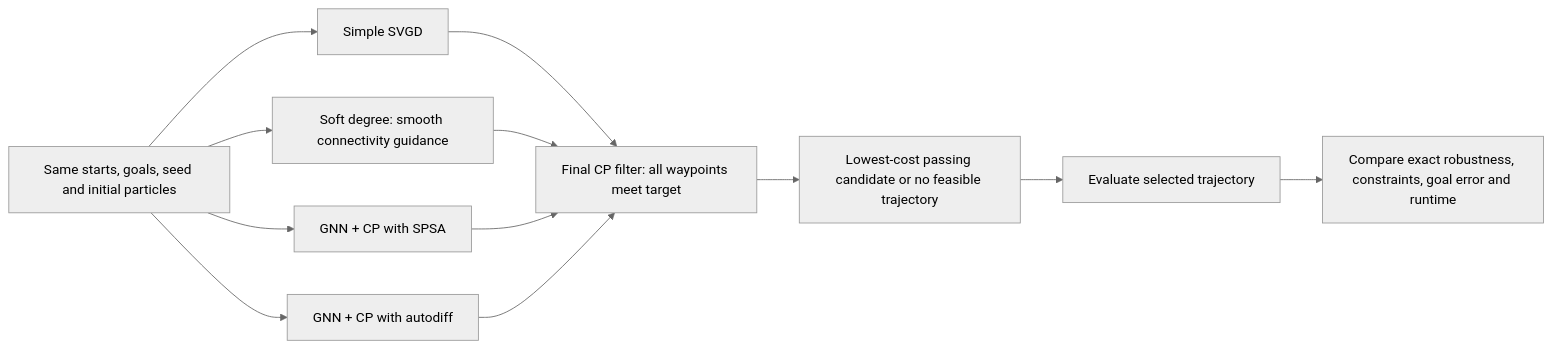
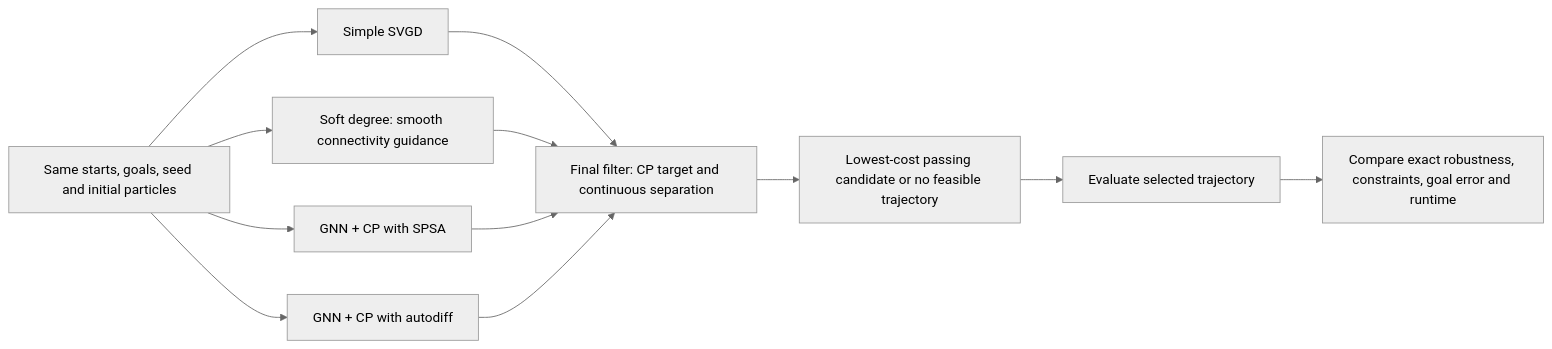
Before and after one commit to Sean-THL/jax_GNN: the diagram in planning/README.md, drawn with Mermaid (neutral theme). The commit also changed other lines of this file and 94 other files, not shown here.

````diff
--- a/planning/README.md
+++ b/planning/README.md
@@ -305,14 +308,14 @@
 ```mermaid
 flowchart LR
     A[Same starts, goals, seed and initial particles] --> B[Simple SVGD]
     A --> C[Soft degree: smooth connectivity guidance]
     A --> D[GNN + CP with SPSA]
     A --> I[GNN + CP with autodiff]
-    B --> G[Final CP filter: all waypoints meet target]
+    B --> G[Final filter: CP target and continuous separation]
     C --> G
     D --> G
     I --> G
     G --> H[Lowest-cost passing candidate or no feasible trajectory]
     H --> E[Evaluate selected trajectory]
     E --> F[Compare exact robustness, constraints, goal error and runtime]
 ```
````
